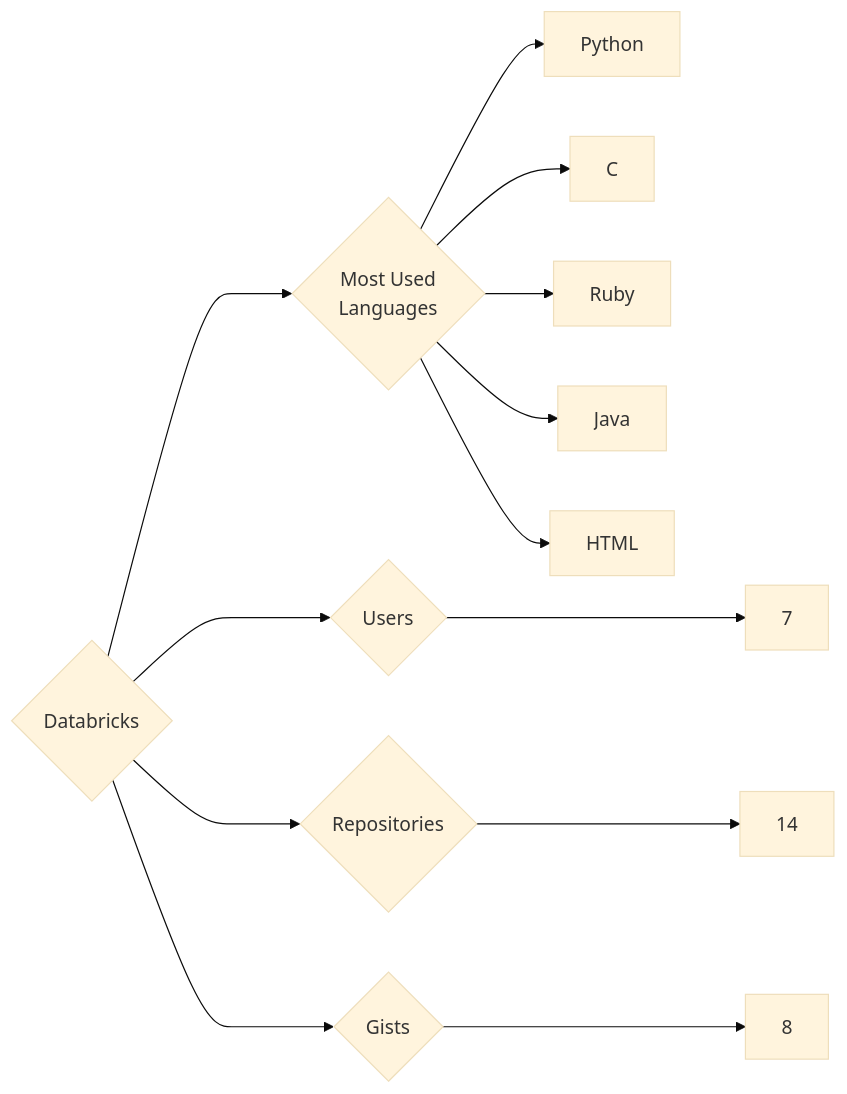
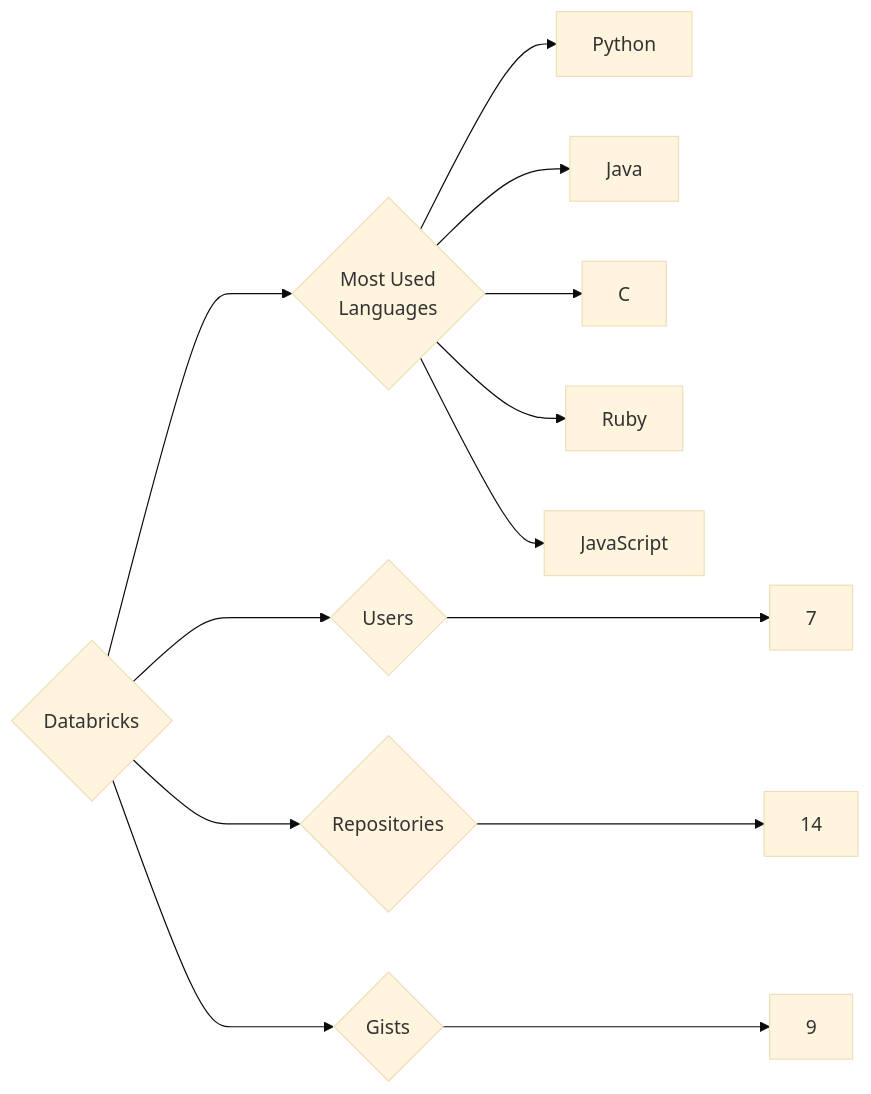
Before and after one commit to trickest/insiders: the diagram in targets/Databricks/README.md, drawn with Mermaid (base theme). The commit also changed 1123 other files, not shown here.

````diff
--- a/targets/Databricks/README.md
+++ b/targets/Databricks/README.md
@@ -3,13 +3,13 @@
 ```mermaid
 graph LR
 COMPANY_NAME{Databricks}
 COMPANY_NAME ---> U{Users} ---> UN[7]
 COMPANY_NAME ---> R{Repositories} ---> RN[14]
-COMPANY_NAME ---> G{Gists} ---> GN[8]
+COMPANY_NAME ---> G{Gists} ---> GN[9]
 COMPANY_NAME ---> ML{Most Used<br>Languages}
 ML --> Python[Python]
+ML --> Java[Java]
 ML --> C[C]
 ML --> Ruby[Ruby]
-ML --> Java[Java]
-ML --> HTML[HTML]
+ML --> JavaScript[JavaScript]
 ```
````
